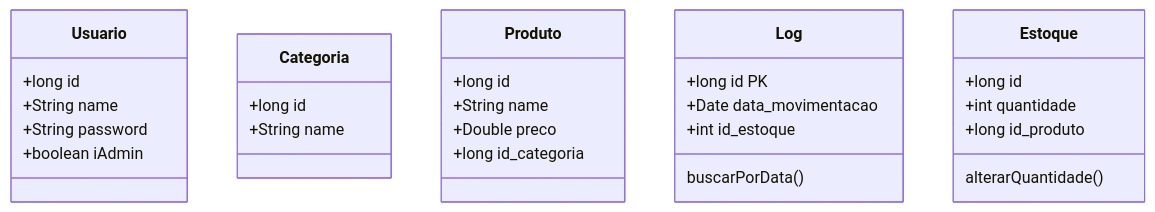
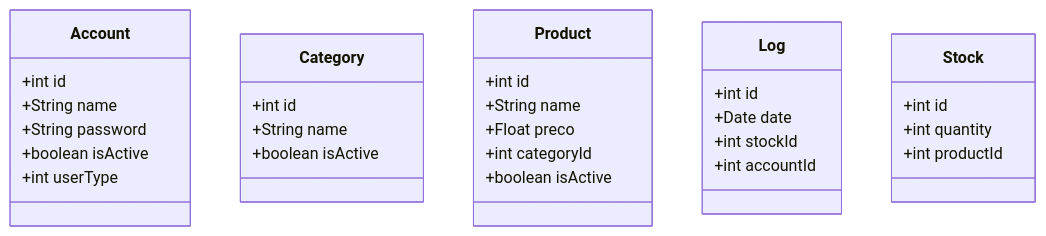
One commit to uDiegoDantas/sistock changed the first of 2 diagrams in docs/doc-modelos.md. Above: the diagram before and after it, drawn with Mermaid. The commit also changed other lines of this file, not shown here.

````diff
--- a/docs/doc-modelos.md
+++ b/docs/doc-modelos.md
@@ -7,25 +7,27 @@
 ```mermaid
 classDiagram
-    Usuario : +long id
-    Usuario : +String name
-    Usuario : +String password
-    Usuario : +boolean iAdmin
+    Account : +int id
+    Account : +String name
+    Account : +String password
+    Account : +boolean isActive
+    Account : +int userType
 
-    Categoria : +long id
-    Categoria : +String name
+    Category : +int id
+    Category : +String name
+    Category : +boolean isActive
 
-    Produto : +long id
-    Produto : +String name
-    Produto : +Double preco
-    Produto : +long id_categoria
+    Product : +int id
+    Product : +String name
+    Product : +Float preco
+    Product : +int categoryId
+    Product : +boolean isActive
 
-    Log : +long id PK
-    Log : +Date data_movimentacao
-    Log : +int id_estoque
-    Log : buscarPorData()
+    Log : +int id
+    Log : +Date date
+    Log : +int stockId
+    Log : +int accountId
 
-    Estoque: +long id
-    Estoque: +int quantidade
-    Estoque: +long id_produto
-    Estoque: alterarQuantidade()
+    Stock: +int id
+    Stock: +int quantity
+    Stock: +int productId
 ```
````
